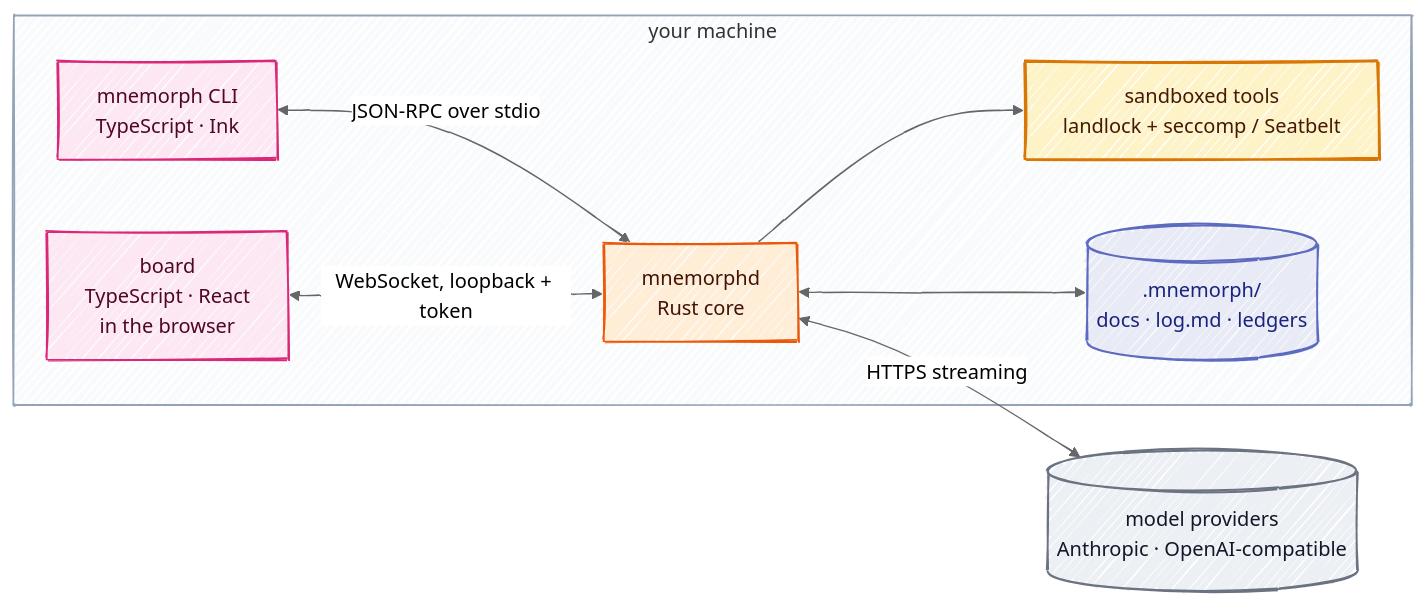
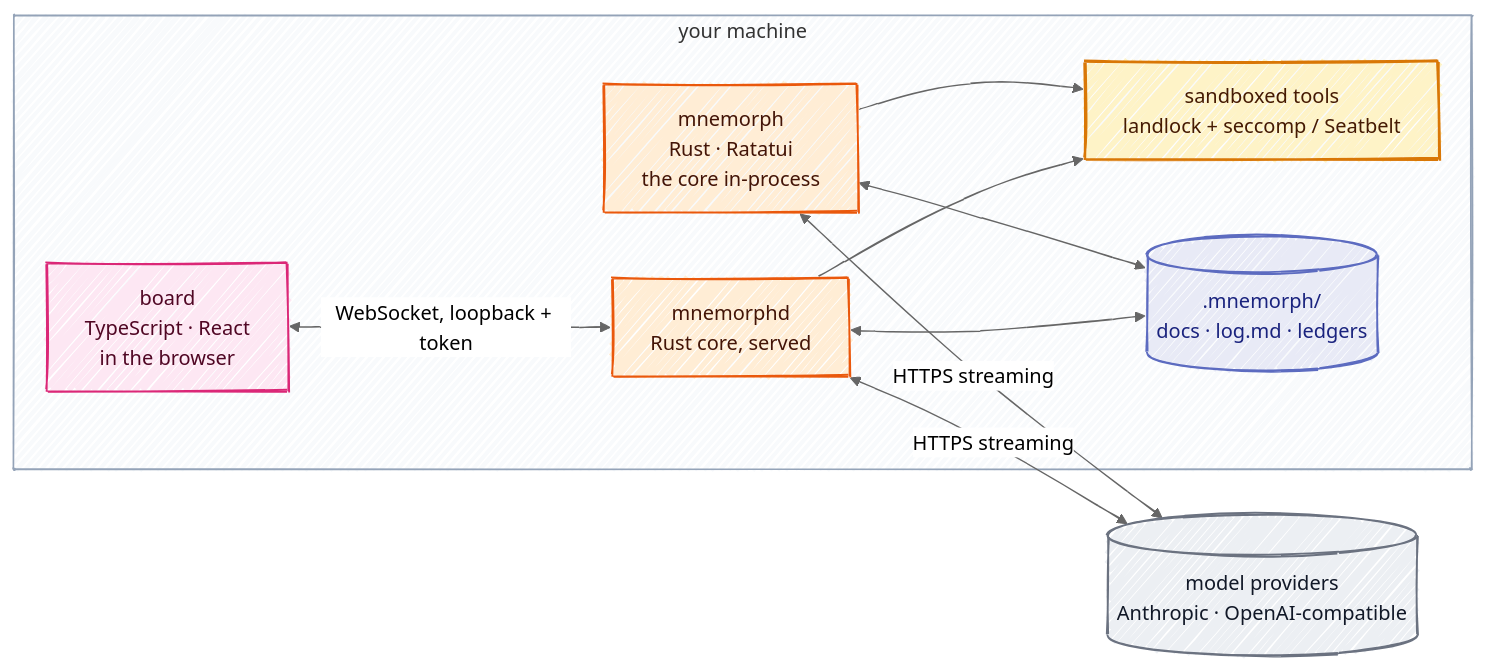
The second of 2 diagrams in docs/01-overview.md (Kaginari/mnemorph), drawn with Mermaid before and after one commit. The commit also changed other lines of this file and 59 other files, not shown here.

First line of the commit message:
feat: one mnemorph — the Rust binary is the command, with run for scripts; the TypeScript CLI retired

````diff
--- a/docs/01-overview.md
+++ b/docs/01-overview.md
@@ -85,35 +85,37 @@
 ```mermaid
 ---
 config:
   look: handDrawn
   theme: neutral
   flowchart:
     wrappingWidth: 360
 ---
 flowchart LR
     subgraph user["your machine"]
-      CLI["mnemorph CLI<br/>TypeScript · Ink"]
+      CLI["mnemorph<br/>Rust · Ratatui<br/>the core in-process"]
       BOARD["board<br/>TypeScript · React<br/>in the browser"]
-      CORE["mnemorphd<br/>Rust core"]
+      CORE["mnemorphd<br/>Rust core, served"]
       SB["sandboxed tools<br/>landlock + seccomp / Seatbelt"]
       W[(".mnemorph/<br/>docs · log.md · ledgers")]
     end
     LLM[("model providers<br/>Anthropic · OpenAI-compatible")]
 
-    CLI <-->|JSON-RPC over stdio| CORE
     BOARD <-->|WebSocket, loopback + token| CORE
+    CLI --> SB
+    CLI <--> W
+    CLI <-->|HTTPS streaming| LLM
     CORE --> SB
     CORE <--> W
     CORE <-->|HTTPS streaming| LLM
     classDef ts fill:#fde7f3,stroke:#db2777,stroke-width:1.5px,color:#500724
-    class CLI,BOARD ts
+    class BOARD ts
     classDef rs fill:#ffedd5,stroke:#ea580c,stroke-width:1.5px,color:#431407
-    class CORE rs
+    class CLI,CORE rs
     classDef gate fill:#fef3c7,stroke:#d97706,stroke-width:2px,color:#451a03
     class SB gate
     classDef store fill:#e8eaf6,stroke:#5c6bc0,stroke-width:1.5px,color:#1a237e
     class W store
     classDef outside fill:#eceff3,stroke:#6b7280,stroke-width:1.5px,color:#111827
     class LLM outside
     style user fill:#f8fafc,stroke:#94a3b8
 ```
````
